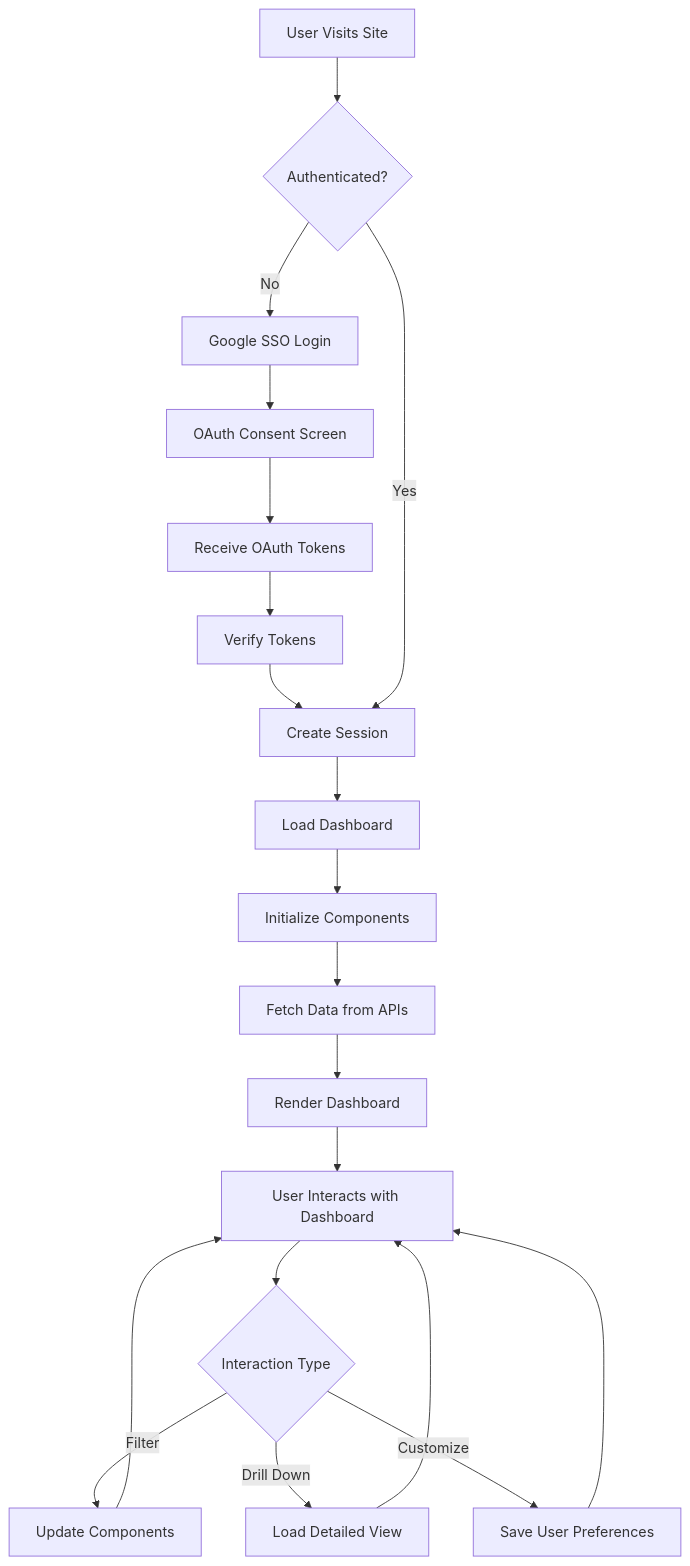
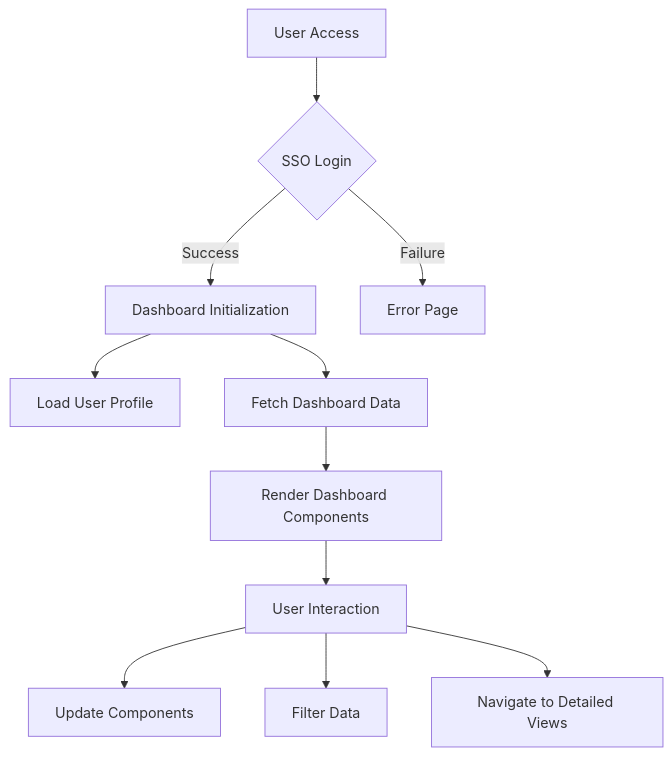
One commit to grid-bot-dev/grid-october-event changed the first of 2 diagrams in docs/app_requirements_docx.md. Above: the diagram before and after it, drawn with Mermaid. The commit also changed other lines of this file, not shown here.

````diff
--- a/docs/app_requirements_docx.md
+++ b/docs/app_requirements_docx.md
@@ -428,22 +527,13 @@
 ```mermaid
 graph TD
-    A[User Visits Site] --> B{Authenticated?}
-    B -->|No| C[Google SSO Login]
-    C --> D[OAuth Consent Screen]
-    D --> E[Receive OAuth Tokens]
-    E --> F[Verify Tokens]
-    F --> G[Create Session]
-    B -->|Yes| G
-    G --> H[Load Dashboard]
-    H --> I[Initialize Components]
-    I --> J[Fetch Data from APIs]
-    J --> K[Render Dashboard]
-    K --> L[User Interacts with Dashboard]
-    L --> M{Interaction Type}
-    M -->|Filter| N[Update Components]
-    M -->|Drill Down| O[Load Detailed View]
-    M -->|Customize| P[Save User Preferences]
-    N --> L
-    O --> L
-    P --> L
+    A[User Access] --> B{SSO Login}
+    B -->|Success| C[Dashboard Initialization]
+    B -->|Failure| D[Error Page]
+    C --> E[Load User Profile]
+    C --> F[Fetch Dashboard Data]
+    F --> G[Render Dashboard Components]
+    G --> H[User Interaction]
+    H --> I[Update Components]
+    H --> J[Filter Data]
+    H --> K[Navigate to Detailed Views]
 ```
````
